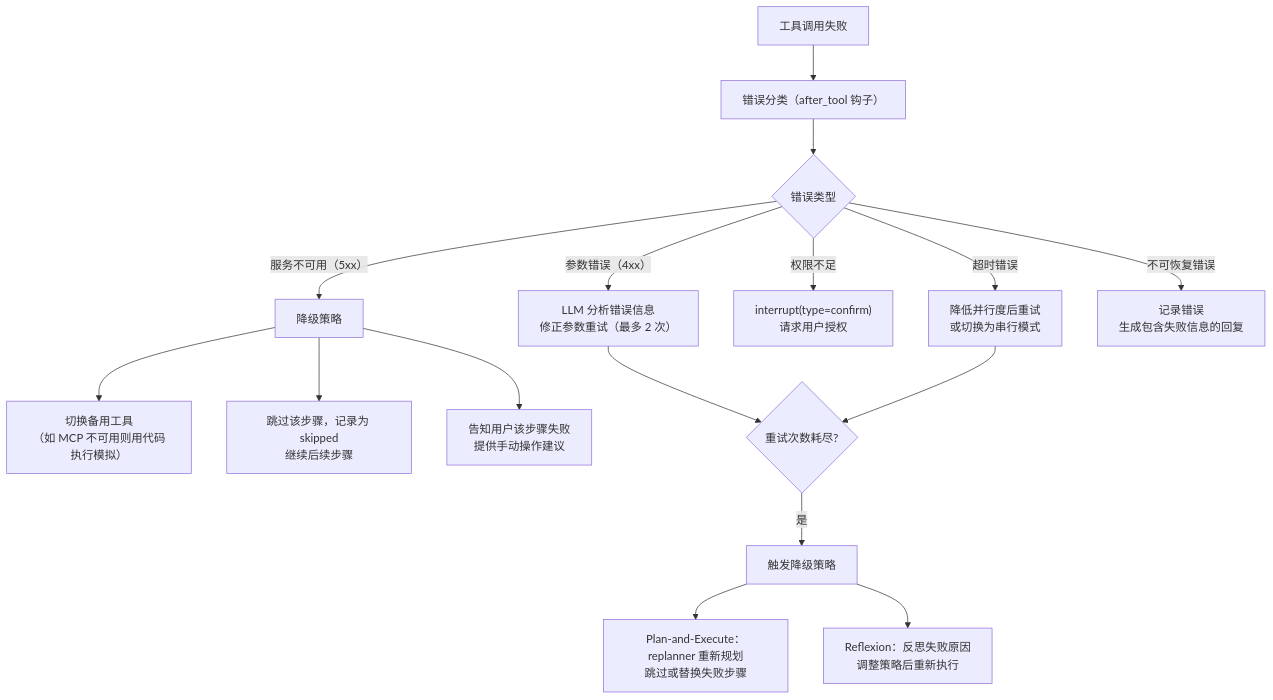
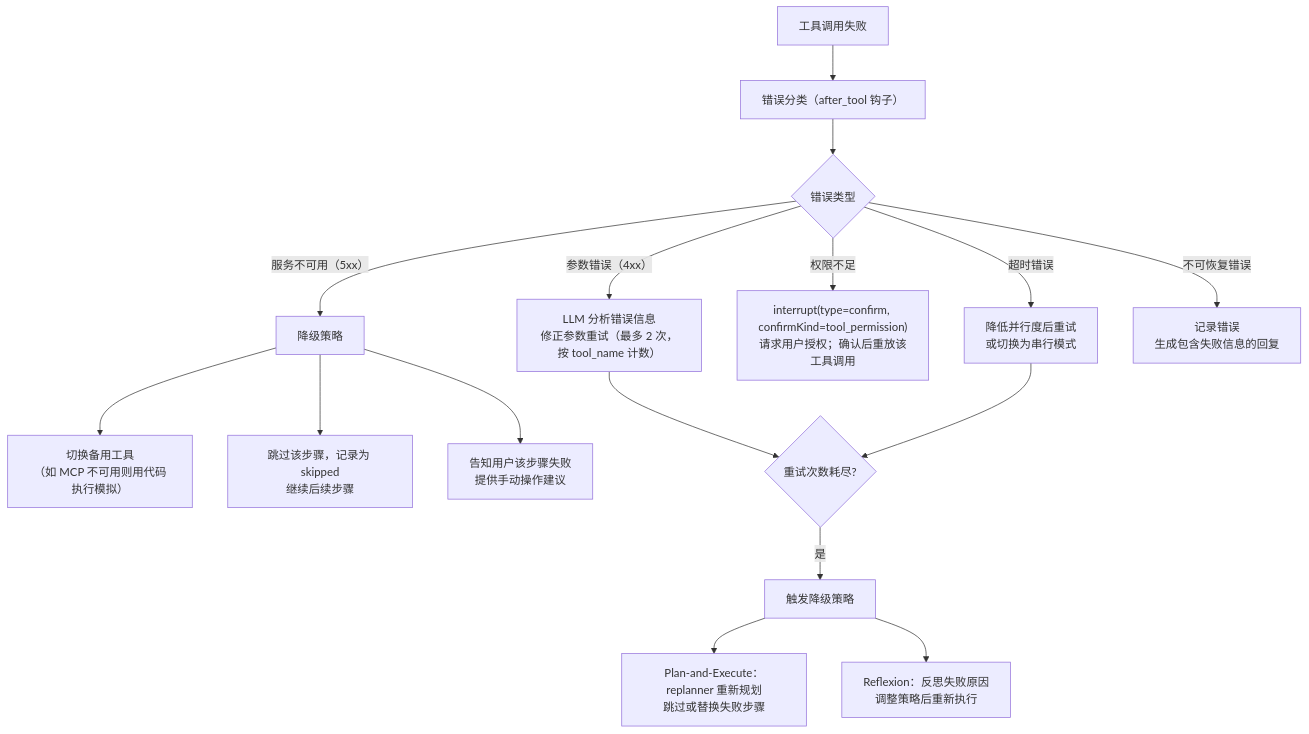
One commit to earthy-zinc/dehaze-system changed the sixth of 6 diagrams in dehaze-doc/docs/03-模块设计/核心模块/AI对话/多步推理/后端实现.md. Above: the diagram before and after it, drawn with Mermaid. The commit also changed other lines of this file and 2348 other files, not shown here.

````diff
--- a/dehaze-doc/docs/03-模块设计/核心模块/AI对话/多步推理/后端实现.md
+++ b/dehaze-doc/docs/03-模块设计/核心模块/AI对话/多步推理/后端实现.md
@@ -457,18 +470,18 @@
 ```mermaid
 flowchart TD
     A["工具调用失败"] --> B["错误分类（after_tool 钩子）"]
     B --> C{"错误类型"}
-    C -->|参数错误（4xx）| D["LLM 分析错误信息<br/>修正参数重试（最多 2 次）"]
+    C -->|参数错误（4xx）| D["LLM 分析错误信息<br/>修正参数重试（最多 2 次，按 tool_name 计数）"]
     C -->|超时错误| E["降低并行度后重试<br/>或切换为串行模式"]
-    C -->|权限不足| F["interrupt(type=confirm)<br/>请求用户授权"]
+    C -->|权限不足| F["interrupt(type=confirm, confirmKind=tool_permission)<br/>请求用户授权；确认后重放该工具调用"]
     C -->|服务不可用（5xx）| G["降级策略"]
     C -->|不可恢复错误| H["记录错误<br/>生成包含失败信息的回复"]
     G --> G1["切换备用工具<br/>（如 MCP 不可用则用代码执行模拟）"]
     G --> G2["跳过该步骤，记录为 skipped<br/>继续后续步骤"]
     G --> G3["告知用户该步骤失败<br/>提供手动操作建议"]
     D --> I{"重试次数耗尽?"}
     E --> I
     I -->|是| J["触发降级策略"]
     J --> K["Plan-and-Execute：replanner 重新规划<br/>跳过或替换失败步骤"]
     J --> L["Reflexion：反思失败原因<br/>调整策略后重新执行"]
 ```
````
